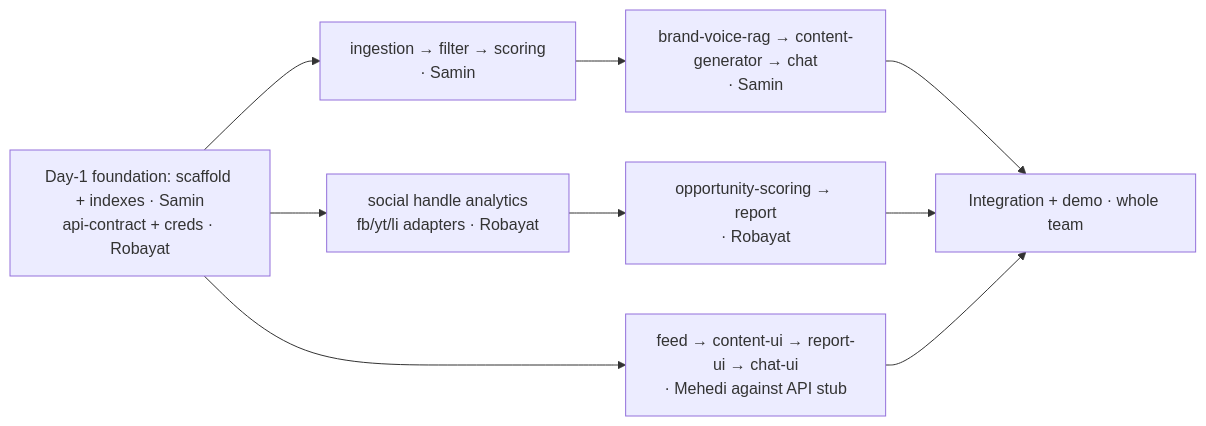
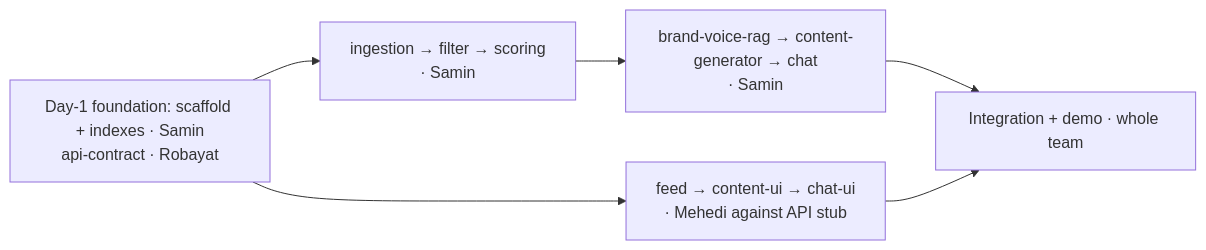
The second of 2 diagrams in SPEC-DRIVEN-WORKFLOW.md (Farsit-007/AI-Content-Trend-Recommendation), drawn with Mermaid before and after one commit. The commit also changed other lines of this file and 243 other files, not shown here.

````diff
--- a/SPEC-DRIVEN-WORKFLOW.md
+++ b/SPEC-DRIVEN-WORKFLOW.md
@@ -192,11 +177,8 @@
 ```mermaid
 flowchart LR
-    S[Day-1 foundation: scaffold + indexes · Samin<br/>api-contract + creds · Robayat] --> ING[ingestion → filter → scoring<br/>· Samin]
-    S --> AN[social handle analytics<br/>fb/yt/li adapters · Robayat]
+    S[Day-1 foundation: scaffold + indexes · Samin<br/>api-contract · Robayat] --> ING[ingestion → filter → scoring<br/>· Samin]
     ING --> GEN[brand-voice-rag → content-generator → chat<br/>· Samin]
-    AN --> OPP[opportunity-scoring → report<br/>· Robayat]
-    S --> FE[feed → content-ui → report-ui → chat-ui<br/>· Mehedi against API stub]
+    S --> FE[feed → content-ui → chat-ui<br/>· Mehedi against API stub]
     GEN --> DEMO[Integration + demo · whole team]
-    OPP --> DEMO
     FE --> DEMO
 ```
````
